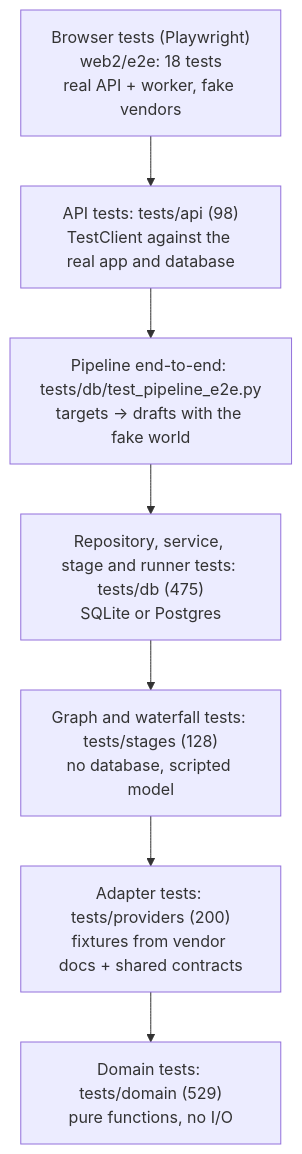
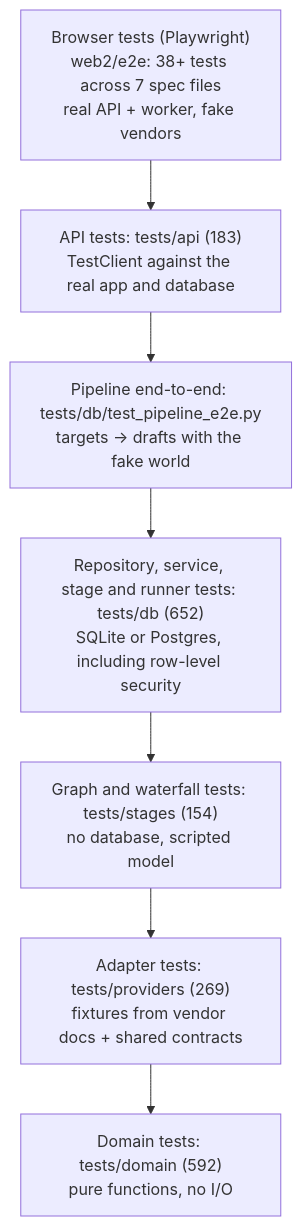
Before and after one commit to rahul-trip/email_campaign: the diagram in docs/technical/quality/testing-strategy.md, drawn with Mermaid. The commit also changed other lines of this file, not shown here.

First line of the commit message:
Refresh testing-strategy.md's test counts: 1,982 collected

````diff
--- a/docs/technical/quality/testing-strategy.md
+++ b/docs/technical/quality/testing-strategy.md
@@ -26,11 +26,11 @@
 ```mermaid
 flowchart TB
-    E2E["Browser tests (Playwright)<br/>web2/e2e: 18 tests<br/>real API + worker, fake vendors"]
-    API["API tests: tests/api (98)<br/>TestClient against the real app and database"]
+    E2E["Browser tests (Playwright)<br/>web2/e2e: 38+ tests across 7 spec files<br/>real API + worker, fake vendors"]
+    API["API tests: tests/api (183)<br/>TestClient against the real app and database"]
     SYS["Pipeline end-to-end: tests/db/test_pipeline_e2e.py<br/>targets → drafts with the fake world"]
-    DB["Repository, service, stage and runner tests: tests/db (475)<br/>SQLite or Postgres"]
-    ST["Graph and waterfall tests: tests/stages (128)<br/>no database, scripted model"]
-    PR["Adapter tests: tests/providers (200)<br/>fixtures from vendor docs + shared contracts"]
-    DOM["Domain tests: tests/domain (529)<br/>pure functions, no I/O"]
+    DB["Repository, service, stage and runner tests: tests/db (652)<br/>SQLite or Postgres, including row-level security"]
+    ST["Graph and waterfall tests: tests/stages (154)<br/>no database, scripted model"]
+    PR["Adapter tests: tests/providers (269)<br/>fixtures from vendor docs + shared contracts"]
+    DOM["Domain tests: tests/domain (592)<br/>pure functions, no I/O"]
     E2E --> API --> SYS --> DB --> ST --> PR --> DOM
 ```
````
